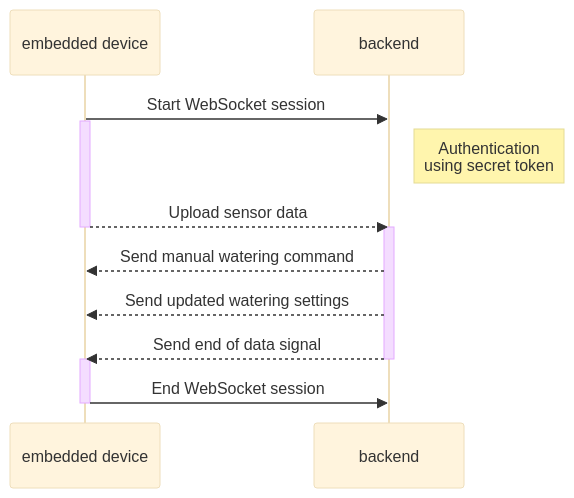
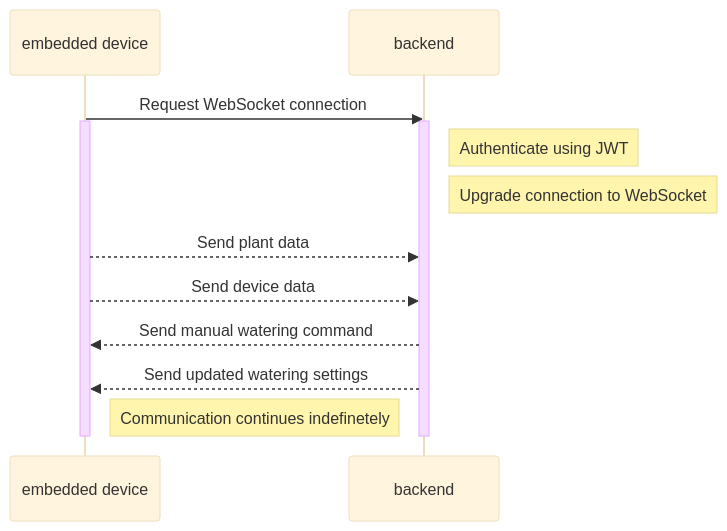
The diagram in documentation/websocket_diagram.md (chmromano/metropolia-innovation-project), drawn with Mermaid (base theme) before and after one commit. The commit also changed 2 other files, not shown here.

Commit message:
Update documentation and add ER diagram (#100)

````diff
--- a/documentation/websocket_diagram.md
+++ b/documentation/websocket_diagram.md
@@ -3,21 +3,22 @@
 ```mermaid
 
 sequenceDiagram
 participant embedded device
 participant backend
 
-    embedded device->>backend: Start WebSocket session
+    embedded device->>backend: Request WebSocket connection
     activate embedded device
-    Note right of backend: Authentication<br>using secret token
-    embedded device-->>backend: Upload sensor data
-    deactivate embedded device
     activate backend
+    Note right of backend: Authenticate using JWT
+    Note right of backend: Upgrade connection to WebSocket
+    embedded device-->>backend: Send plant data
+    embedded device-->>backend: Send device data
     backend-->>embedded device: Send manual watering command
     backend-->>embedded device: Send updated watering settings
-    backend-->>embedded device: Send end of data signal
+
+
+    Note left of backend: Communication continues indefinetely
+
+    deactivate embedded device
     deactivate backend
-    activate embedded device
-    embedded device->>backend: End WebSocket session
-    deactivate embedded device
-
 ```
````
